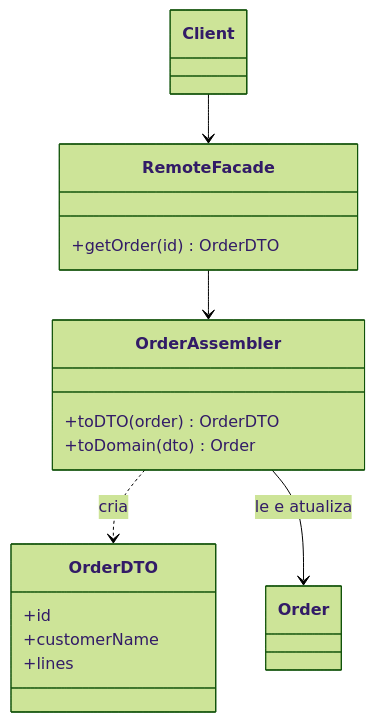
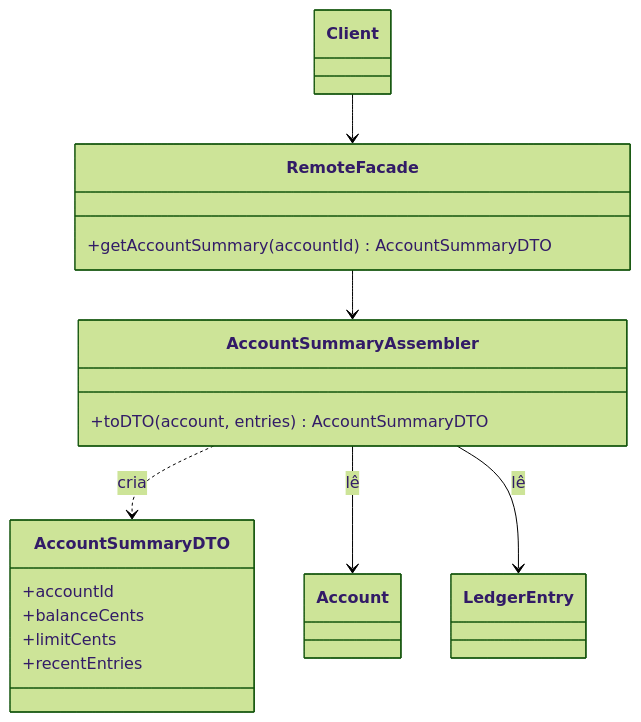
One commit to alancesar/design-patterns changed the diagram in docs/design/poeaa/distribution/data-transfer-object.md. Above: the diagram before and after it, drawn with Mermaid (forest theme). The commit also changed other lines of this file and 95 other files, not shown here.

First line of the commit message:
Switch PoEAA examples and diagrams to fintech scenarios

````diff
--- a/docs/design/poeaa/distribution/data-transfer-object.md
+++ b/docs/design/poeaa/distribution/data-transfer-object.md
@@ -57,21 +57,23 @@
 ```mermaid
 classDiagram
     class Client
     class RemoteFacade {
-        +getOrder(id) OrderDTO
+        +getAccountSummary(accountId) AccountSummaryDTO
     }
-    class OrderAssembler {
-        +toDTO(order) OrderDTO
-        +toDomain(dto) Order
+    class AccountSummaryAssembler {
+        +toDTO(account, entries) AccountSummaryDTO
     }
-    class OrderDTO {
-        +id
-        +customerName
-        +lines
+    class AccountSummaryDTO {
+        +accountId
+        +balanceCents
+        +limitCents
+        +recentEntries
     }
-    class Order
+    class Account
+    class LedgerEntry
     Client --> RemoteFacade
-    RemoteFacade --> OrderAssembler
-    OrderAssembler ..> OrderDTO : cria
-    OrderAssembler --> Order : le e atualiza
+    RemoteFacade --> AccountSummaryAssembler
+    AccountSummaryAssembler ..> AccountSummaryDTO : cria
+    AccountSummaryAssembler --> Account : lê
+    AccountSummaryAssembler --> LedgerEntry : lê
 ```
````
